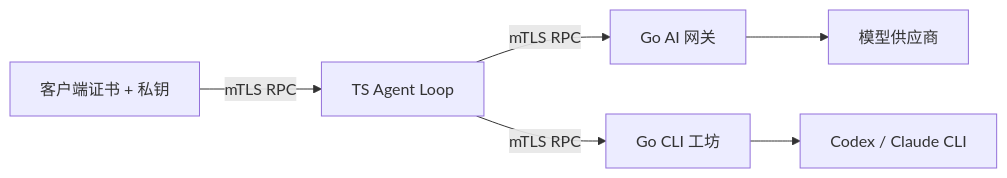
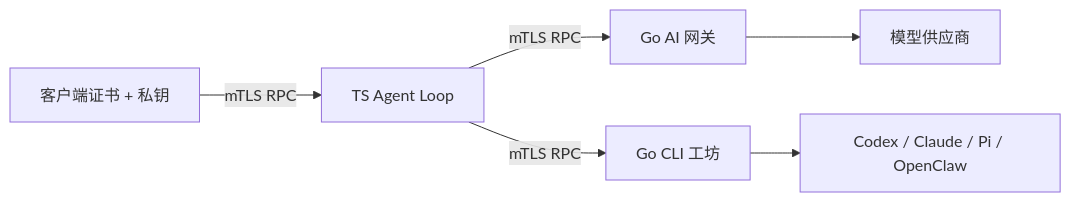
One commit to RichZDS/easygo_agent changed the diagram in README.md. Above: the diagram before and after it, drawn with Mermaid. The commit also changed other lines of this file and 52 other files, not shown here.

````diff
--- a/README.md
+++ b/README.md
@@ -11,8 +11,8 @@
 ```mermaid
 flowchart LR
   Client[客户端证书 + 私钥] -->|mTLS RPC| Loop[TS Agent Loop]
   Loop -->|mTLS RPC| Gateway[Go AI 网关]
   Loop -->|mTLS RPC| Workshop[Go CLI 工坊]
   Gateway --> Provider[模型供应商]
-  Workshop --> CLI[Codex / Claude CLI]
+  Workshop --> CLI[Codex / Claude / Pi / OpenClaw]
 ```
````
